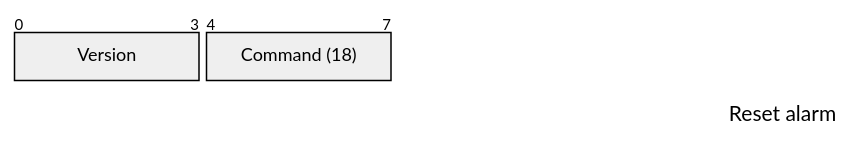
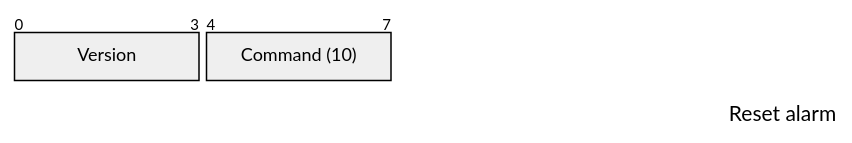
The sixth of 6 diagrams in README.md (HugoDiePugo/S6-IoT), drawn with Mermaid before and after one commit. The commit also changed other lines of this file, not shown here.

Commit message:
Update command values in README.md

````diff
--- a/README.md
+++ b/README.md
@@ -65,8 +81,8 @@
 ```mermaid
 ---
 title: "Reset alarm"
 ---
 packet
 0-3: "Version"
-4-7: "Command (18)"
+4-7: "Command (10)"
 ```
````
